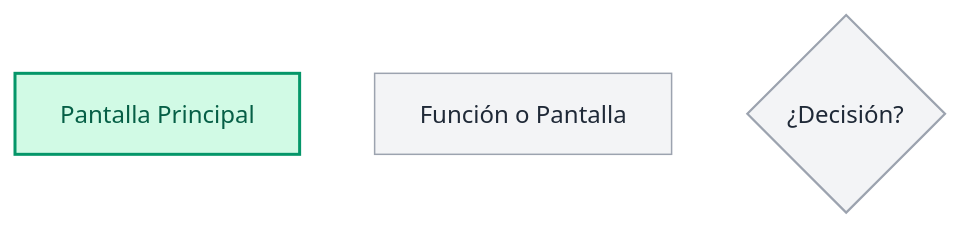
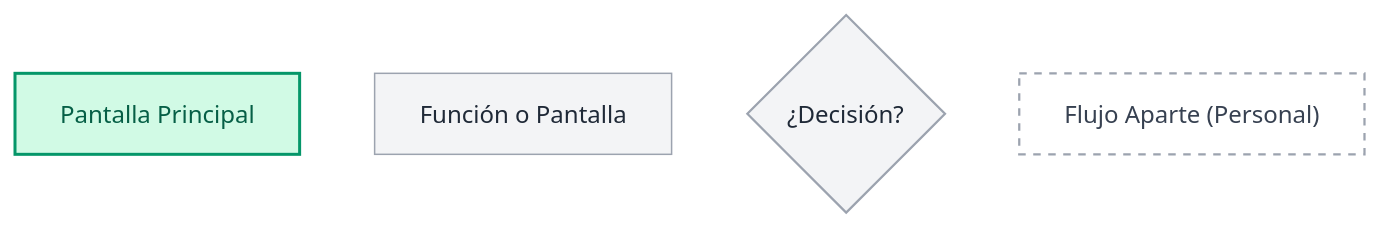
The first of 16 diagrams in docs/user-flows.md (SantiagoPrada2005/flotax), drawn with Mermaid before and after one commit. The commit also changed other lines of this file and 72 other files, not shown here.

````diff
--- a/docs/user-flows.md
+++ b/docs/user-flows.md
@@ -19,10 +20,12 @@
 ```mermaid
 graph TD
     classDef mainScreen fill:#d1fae5,stroke:#059669,stroke-width:2px,color:#065f46;
     classDef subScreen fill:#f3f4f6,stroke:#9ca3af,stroke-width:1px,color:#1f2937;
     classDef decision fill:#f3f4f6,stroke:#9ca3af,stroke-width:1.5px,color:#1f2937;
+    classDef dashedFlow fill:#ffffff,stroke:#9ca3af,stroke-width:1.5px,stroke-dasharray: 5 5,color:#374151;
 
     A["Pantalla Principal"]:::mainScreen
     B["Función o Pantalla"]:::subScreen
     C{"¿Decisión?"}:::decision
+    D["Flujo Aparte (Personal)"]:::dashedFlow
 ```
````
